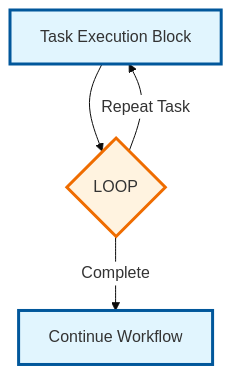
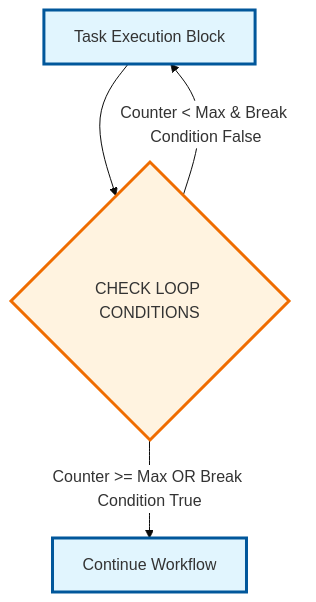
The sixth of 14 diagrams in TaskER_FlowChart.md (bastelbude1/Tasker), drawn with Mermaid before and after one commit.

Commit message:
Enhance: Show actual loop termination conditions in Loop Block graph
- Updated decision node from generic "LOOP" to "CHECK LOOP CONDITIONS"
- Added specific termination logic: Counter >= Max OR Break Condition True
- Added specific continuation logic: Counter < Max & Break Condition False
- Graph now accurately reflects both loop termination mechanisms:
  - Maximum iteration count reached (loop parameter)
  - Early termination via break condition (loop_break parameter)
- Provides clear visibility into actual loop control flow

🤖 Generated with [Claude Code](https://claude.ai/code)

````diff
--- a/TaskER_FlowChart.md
+++ b/TaskER_FlowChart.md
@@ -245,11 +245,11 @@
 ```mermaid
 %%{init: {'theme':'base', 'themeVariables': {'primaryColor':'#ffffff'}}}%%
 flowchart TD
-    A[Task Execution Block] --> B{LOOP}
-    B -->|Repeat Task| A
-    B -->|Complete| C[Continue Workflow]
+    A[Task Execution Block] --> B{CHECK LOOP CONDITIONS}
+    B -->|Counter < Max & Break Condition False| A
+    B -->|Counter >= Max OR Break Condition True| C[Continue Workflow]
 
     style A fill:#e1f5fe,stroke:#01579b,stroke-width:3px
     style B fill:#fff3e0,stroke:#ef6c00,stroke-width:3px
     style C fill:#e1f5fe,stroke:#01579b,stroke-width:3px
 ```
````
